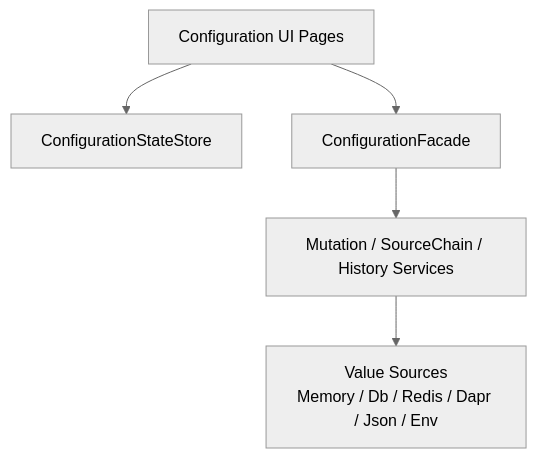
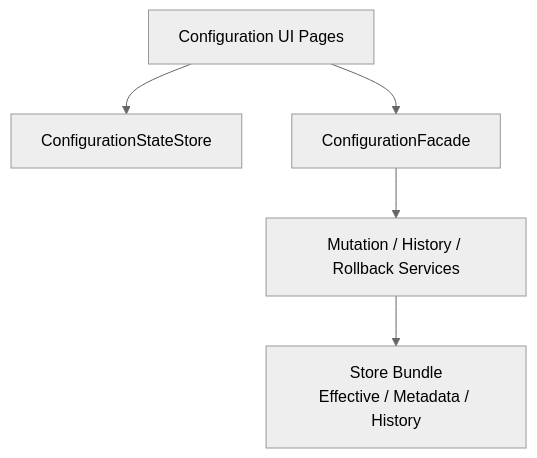
The diagram in docs/zh-CN/modules/configuration-ui/guide-and-providers.md (Tairitsua/Monica.Docs), drawn with Mermaid (neutral theme) before and after one commit. The commit also changed other lines of this file and 12 other files, not shown here.

First line of the commit message:
docs!: update configuration storage architecture

````diff
--- a/docs/zh-CN/modules/configuration-ui/guide-and-providers.md
+++ b/docs/zh-CN/modules/configuration-ui/guide-and-providers.md
@@ -36,13 +35,13 @@
 ```mermaid
 flowchart TB
     ui["Configuration UI Pages"]
     state["ConfigurationStateStore"]
     facade["ConfigurationFacade"]
-    services["Mutation / SourceChain / History Services"]
-    providers["Value Sources<br/>Memory / Db / Redis / Dapr / Json / Env"]
+    services["Mutation / History / Rollback Services"]
+    stores["Store Bundle<br/>Effective / Metadata / History"]
 
     ui --> state
     ui --> facade
     facade --> services
-    services --> providers
+    services --> stores
 ```
````
